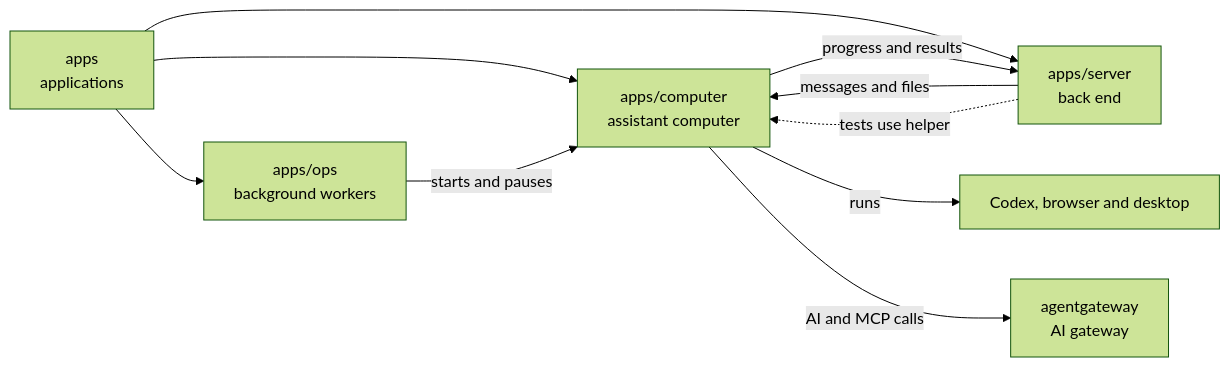
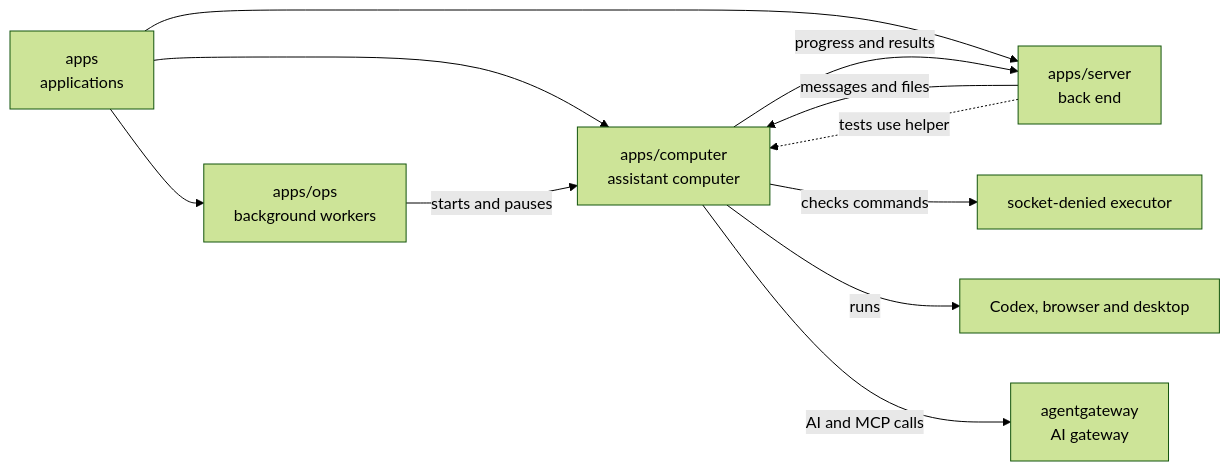
One commit to elewa-git/opencrane-new changed the diagram in apps/computer/README.md. Above: the diagram before and after it, drawn with Mermaid (forest theme). The commit also changed other lines of this file and 8 other files, not shown here.

````diff
--- a/apps/computer/README.md
+++ b/apps/computer/README.md
@@ -16,12 +16,13 @@
 ```mermaid
 flowchart LR
   apps["apps<br/>applications"] --> computer["apps/computer<br/>assistant computer"]
   apps --> ops["apps/ops<br/>background workers"]
   apps --> server["apps/server<br/>back end"]
   ops -->|starts and pauses| computer
   server -->|messages and files| computer
   server -.->|tests use helper| computer
   computer -->|progress and results| server
+  computer -->|checks commands| executor["socket-denied executor"]
   computer -->|runs| desktop["Codex, browser and desktop"]
   computer -->|AI and MCP calls| gateway["agentgateway<br/>AI gateway"]
 ```
````
